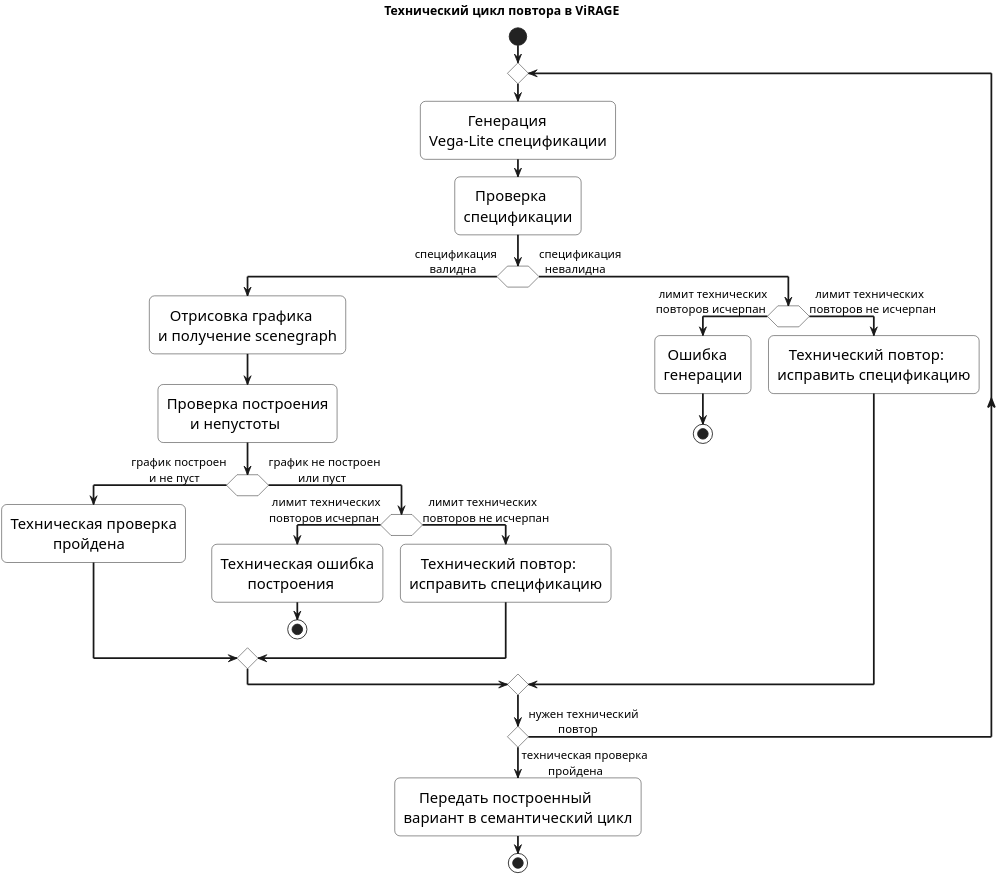
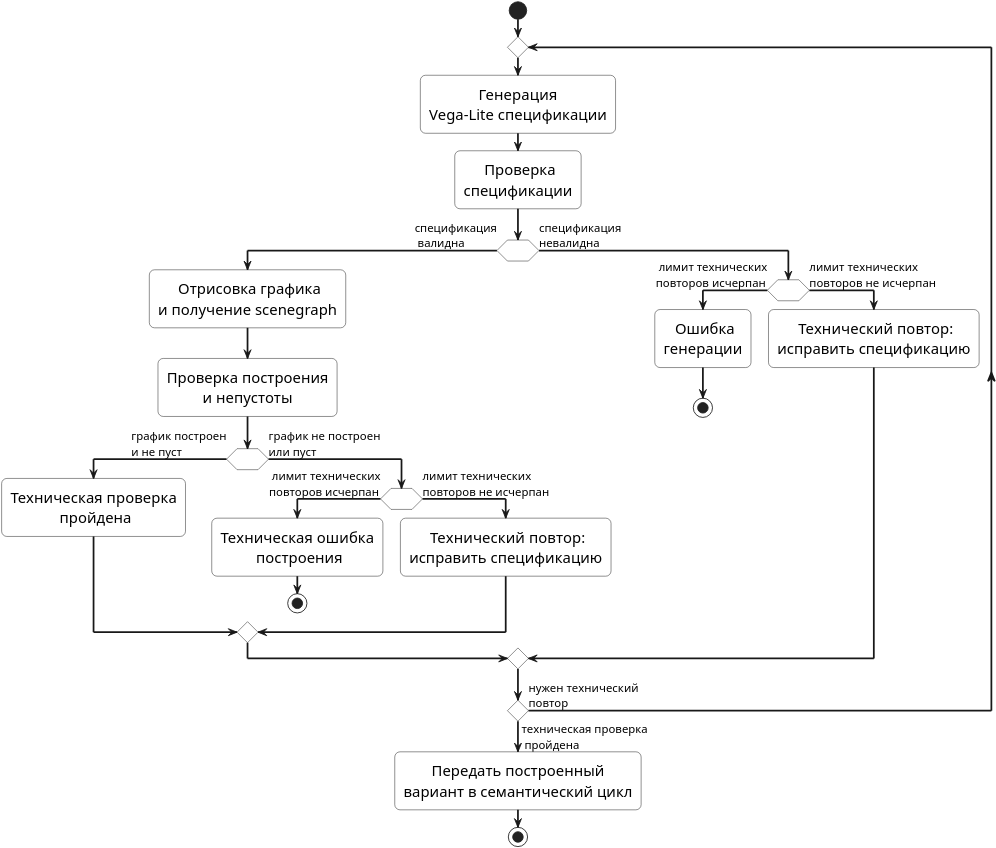
The diagram in research/architecture/tex/cycles/technical_cycle.puml (shnikita-cr/ViRAGE), drawn with PlantUML before and after one commit. The commit also changed 5 other files, not shown here.

Commit message:
update uml

```diff
--- a/research/architecture/tex/cycles/technical_cycle.puml
+++ b/research/architecture/tex/cycles/technical_cycle.puml
@@ -1,68 +1,79 @@
 @startuml
-title Технический цикл повтора в ViRAGE
-
 skinparam shadowing false
 skinparam monochrome true
 skinparam roundcorner 12
 skinparam defaultFontName "Times New Roman"
 skinparam defaultFontSize 17
 skinparam ArrowFontSize 13
 skinparam ArrowThickness 2
 skinparam linetype ortho
 skinparam dpi 600
 
 skinparam activity {
-  BorderColor black
-  BackgroundColor white
+BorderColor black
+BackgroundColor white
 }
 
+<style>
+activityDiagram {
+activity {
+HorizontalAlignment center
+}
+
+diamond {
+HorizontalAlignment center
+}
+}
+</style>
+
+
 skinparam diamond {
-  BorderColor black
-  BackgroundColor white
+BorderColor black
+BackgroundColor white
 }
 
 start
 
 repeat
 
-  :          Генерация\nVega-Lite спецификации;
-  :   Проверка\nспецификации;
+:Генерация\nVega-Lite спецификации;
+: Проверка\nспецификации;
 
-  if ( ) then (спецификация\n     валидна)
+if ( ) then (спецификация\n валидна)
 
-    :   Отрисовка графика\nи получение scenegraph;
-    :Проверка построения\n      и непустоты;
+: Отрисовка графика\nи получение scenegraph;
+:Проверка построения\nи непустоты;
 
-    if ( ) then (график построен\n      и не пуст)
+if ( ) then (график построен\nи не пуст)
 
-      :Техническая проверка\n           пройдена;
+:Техническая проверка\n пройдена;
 
-    else (график не построен\n          или пуст)
+else (график не построен\nили пуст)
 
-      if ( ) then ( лимит технических\nповторов исчерпан)
-        :Техническая ошибка\n       построения;
-        stop
-      else (  лимит технических\nповторов не исчерпан)
-        :   Технический повтор:\nисправить спецификацию;
-      endif
+if ( ) then ( лимит технических\nповторов исчерпан)
+:Техническая ошибка\n построения;
+stop
+else (лимит технических\nповторов не исчерпан)
+: Технический повтор:\nисправить спецификацию;
+endif
 
-    endif
+endif
 
-  else (спецификация\n  невалидна)
+else (спецификация\nневалидна)
 
-    if ( ) then ( лимит технических\nповторов исчерпан)
-      : Ошибка\nгенерации;
-      stop
-    else (  лимит технических\nповторов не исчерпан)
-      :   Технический повтор:\nисправить спецификацию;
-    endif
+if ( ) then ( лимит технических\nповторов исчерпан)
+: Ошибка\nгенерации;
+stop
+else (лимит технических\nповторов не исчерпан)
+: Технический повтор:\nисправить спецификацию;
+endif
 
-  endif
+endif
 
-repeat while ( ) is (нужен технический\n          повтор) not (техническая проверка\n         пройдена)
+repeat while ( ) is (нужен технический\nповтор) not (техническая проверка\n пройдена)
 
-:    Передать построенный\nвариант в семантический цикл;
+:Передать построенный\nвариант в семантический цикл;
 
 stop
 
 @enduml
```
